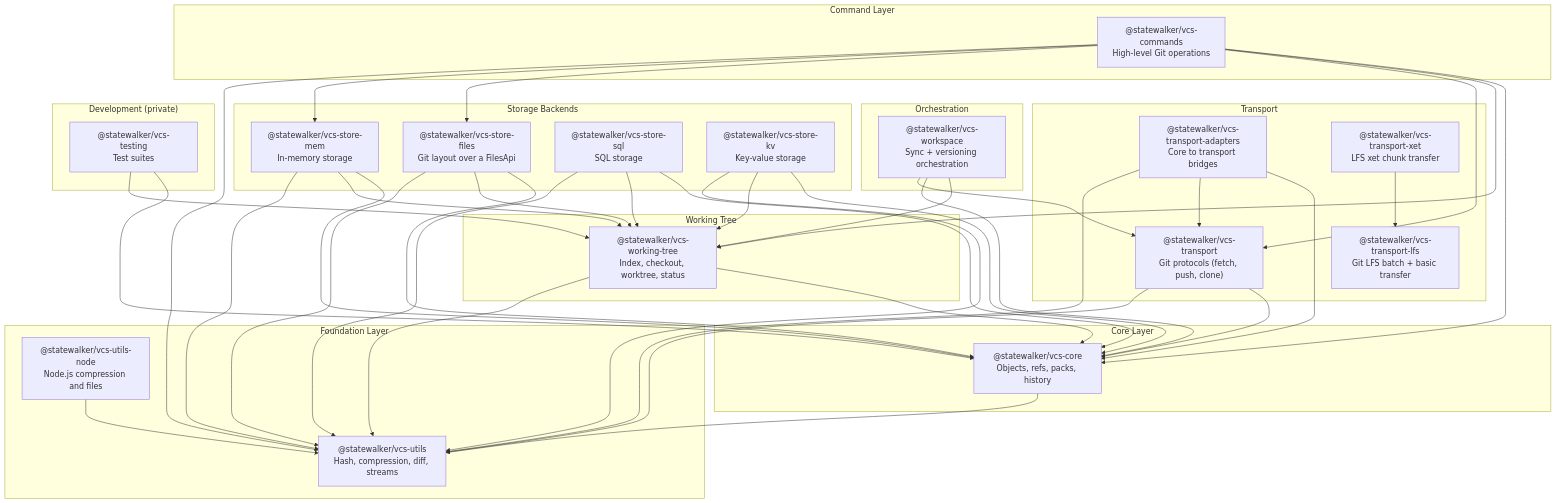
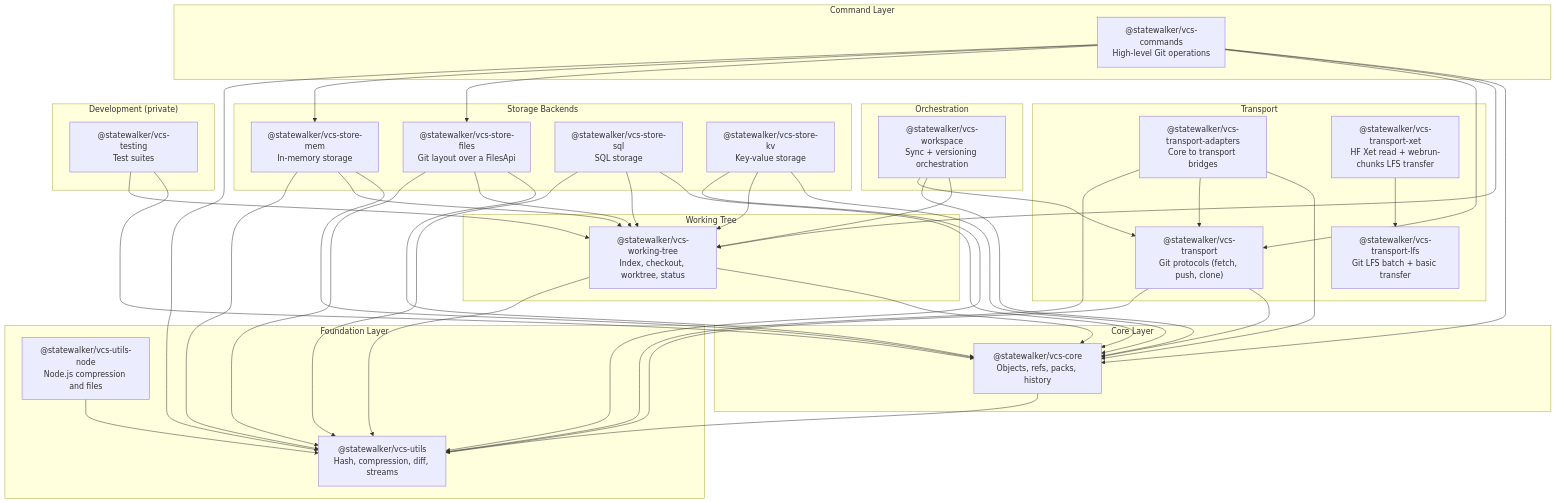
The diagram in docs/package-dependencies.md (statewalker/webrun-vcs), drawn with Mermaid before and after one commit. The commit also changed other lines of this file and 76 other files, not shown here.

First line of the commit message:
feat(vcs-transport-xet): Hugging Face Xet read side; private transfer renamed webrun-chunks

````diff
--- a/docs/package-dependencies.md
+++ b/docs/package-dependencies.md
@@ -9,80 +9,80 @@
 ```mermaid
 graph TD
     subgraph "Orchestration"
         workspace["@statewalker/vcs-workspace<br/>Sync + versioning orchestration"]
     end
 
     subgraph "Command Layer"
         commands["@statewalker/vcs-commands<br/>High-level Git operations"]
     end
 
     subgraph "Transport"
         transport["@statewalker/vcs-transport<br/>Git protocols (fetch, push, clone)"]
         adapters["@statewalker/vcs-transport-adapters<br/>Core to transport bridges"]
         lfs["@statewalker/vcs-transport-lfs<br/>Git LFS batch + basic transfer"]
-        xet["@statewalker/vcs-transport-xet<br/>LFS xet chunk transfer"]
+        xet["@statewalker/vcs-transport-xet<br/>HF Xet read + webrun-chunks LFS transfer"]
     end
 
     subgraph "Storage Backends"
         store-files["@statewalker/vcs-store-files<br/>Git layout over a FilesApi"]
         store-mem["@statewalker/vcs-store-mem<br/>In-memory storage"]
         store-sql["@statewalker/vcs-store-sql<br/>SQL storage"]
         store-kv["@statewalker/vcs-store-kv<br/>Key-value storage"]
     end
 
     subgraph "Working Tree"
         working-tree["@statewalker/vcs-working-tree<br/>Index, checkout, worktree, status"]
     end
 
     subgraph "Core Layer"
         core["@statewalker/vcs-core<br/>Objects, refs, packs, history"]
     end
 
     subgraph "Foundation Layer"
         utils["@statewalker/vcs-utils<br/>Hash, compression, diff, streams"]
         utils-node["@statewalker/vcs-utils-node<br/>Node.js compression and files"]
     end
 
     subgraph "Development (private)"
         testing["@statewalker/vcs-testing<br/>Test suites"]
     end
 
     workspace --> working-tree
     workspace --> core
     workspace --> transport
 
     commands --> core
     commands --> working-tree
     commands --> transport
     commands --> store-files
     commands --> store-mem
     commands --> utils
 
     transport --> core
     transport --> utils
     adapters --> core
     adapters --> transport
     adapters --> utils
     xet --> lfs
 
     store-files --> core
     store-files --> working-tree
     store-files --> utils
     store-mem --> core
     store-mem --> working-tree
     store-mem --> utils
     store-sql --> core
     store-sql --> working-tree
     store-sql --> utils
     store-kv --> core
     store-kv --> working-tree
     store-kv --> utils
 
     working-tree --> core
     working-tree --> utils
     core --> utils
     utils-node --> utils
 
     testing --> core
     testing --> working-tree
 ```
````
